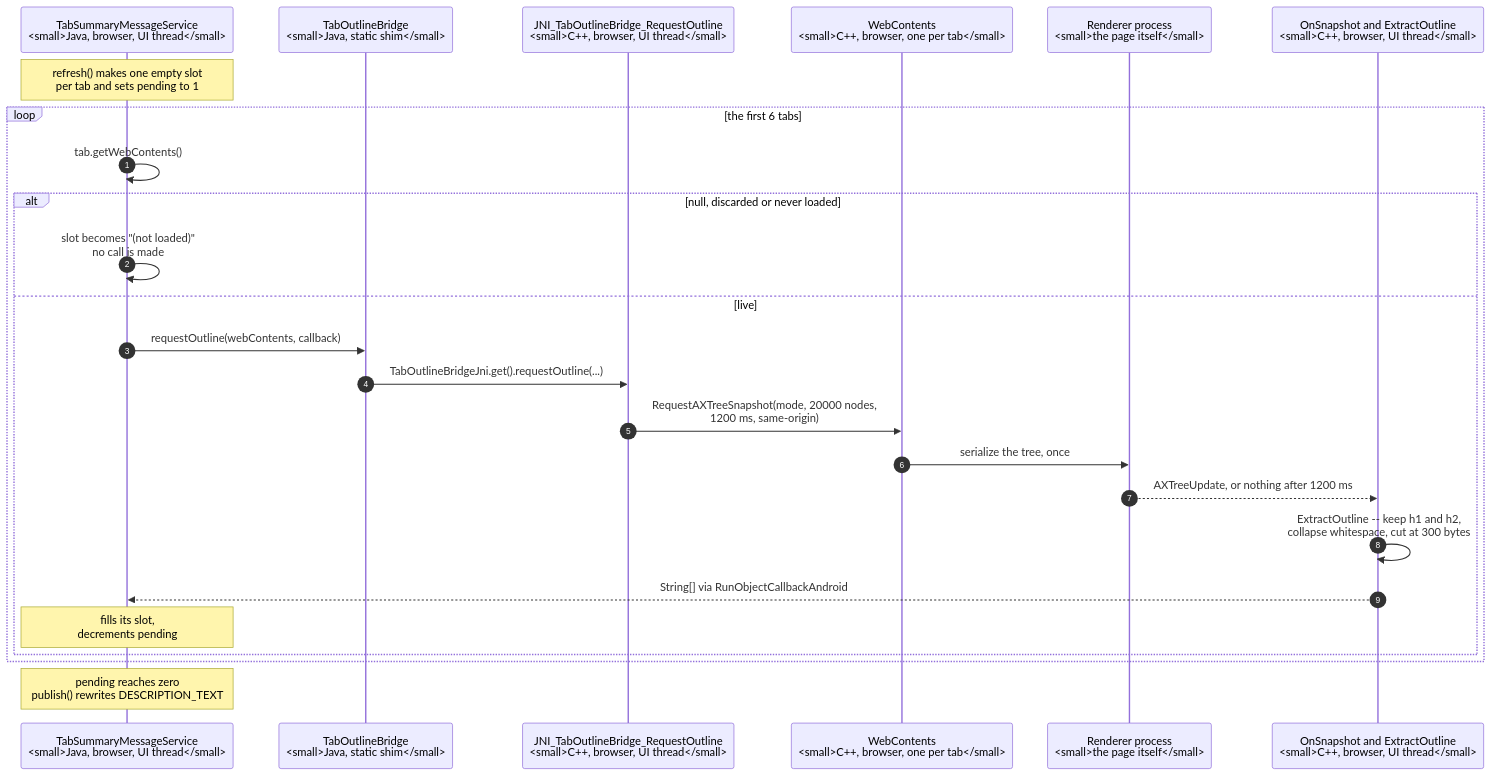
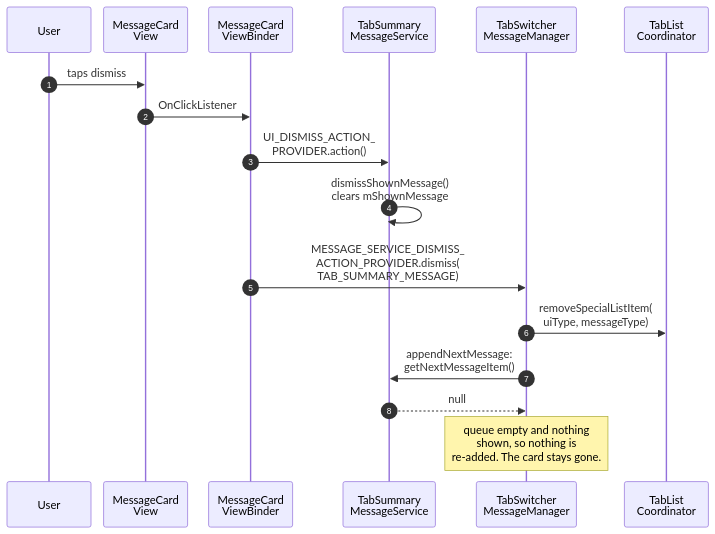
One commit to obeletski/chromium changed the fourth of 10 diagrams in docs/floating_window/tab-summary-android-ui-alternatives.md. Above: the diagram before and after it, drawn with Mermaid. The commit also changed other lines of this file and 13 other files, not shown here.

````diff
--- a/docs/floating_window/tab-summary-android-ui-alternatives.md
+++ b/docs/floating_window/tab-summary-android-ui-alternatives.md
@@ -641,28 +893,21 @@
 ```mermaid
+%%{init: {"sequence": {"actorMargin": 18, "width": 120, "boxMargin": 8, "messageFontSize": 13, "noteFontSize": 13}}}%%
 sequenceDiagram
     autonumber
-    participant SVC as TabSummaryMessageService<br/><small>Java, browser, UI thread</small>
-    participant BR as TabOutlineBridge<br/><small>Java, static shim</small>
-    participant NAT as JNI_TabOutlineBridge_RequestOutline<br/><small>C++, browser, UI thread</small>
-    participant WC as WebContents<br/><small>C++, browser, one per tab</small>
-    participant REN as Renderer process<br/><small>the page itself</small>
-    participant CB as OnSnapshot and ExtractOutline<br/><small>C++, browser, UI thread</small>
+    participant U as User
+    participant VIEW as MessageCard<br/>View
+    participant BIND as MessageCard<br/>ViewBinder
+    participant SVC as TabSummary<br/>MessageService
+    participant TSMM as TabSwitcher<br/>MessageManager
+    participant TLC as TabList<br/>Coordinator
 
-    Note over SVC: refresh() makes one empty slot<br/>per tab and sets pending to 1
-    loop the first 6 tabs
-        SVC->>SVC: tab.getWebContents()
-        alt null, discarded or never loaded
-            SVC->>SVC: slot becomes "(not loaded)"<br/>no call is made
-        else live
-            SVC->>BR: requestOutline(webContents, callback)
-            BR->>NAT: TabOutlineBridgeJni.get().requestOutline(...)
-            NAT->>WC: RequestAXTreeSnapshot(mode, 20000 nodes,<br/>1200 ms, same-origin)
-            WC->>REN: serialize the tree, once
-            REN-->>CB: AXTreeUpdate, or nothing after 1200 ms
-            CB->>CB: ExtractOutline -- keep h1 and h2,<br/>collapse whitespace, cut at 300 bytes
-            CB-->>SVC: String[] via RunObjectCallbackAndroid
-            Note over SVC: fills its slot,<br/>decrements pending
-        end
-    end
-    Note over SVC: pending reaches zero<br/>publish() rewrites DESCRIPTION_TEXT
+    U->>VIEW: taps dismiss
+    VIEW->>BIND: OnClickListener
+    BIND->>SVC: UI_DISMISS_ACTION_<br/>PROVIDER.action()
+    SVC->>SVC: dismissShownMessage()<br/>clears mShownMessage
+    BIND->>TSMM: MESSAGE_SERVICE_DISMISS_<br/>ACTION_PROVIDER.dismiss(<br/>TAB_SUMMARY_MESSAGE)
+    TSMM->>TLC: removeSpecialListItem(<br/>uiType, messageType)
+    TSMM->>SVC: appendNextMessage:<br/>getNextMessageItem()
+    SVC-->>TSMM: null
+    Note over TSMM: queue empty and nothing<br/>shown, so nothing is<br/>re-added. The card stays gone.
 ```
````
